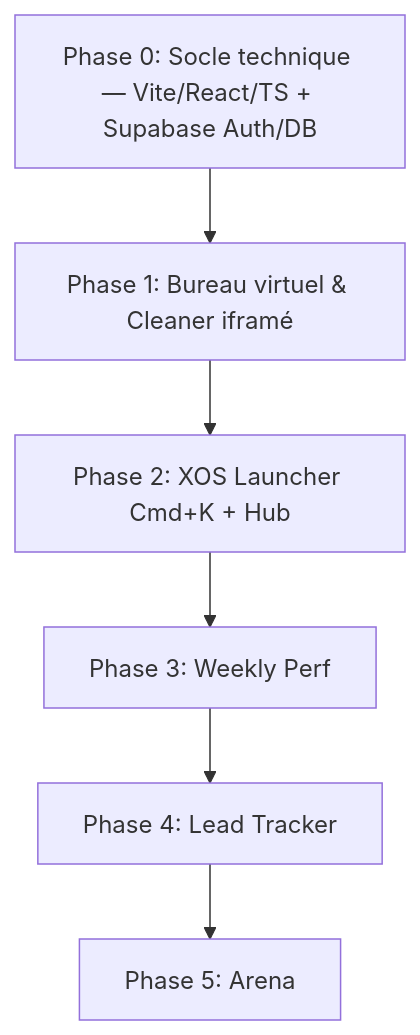
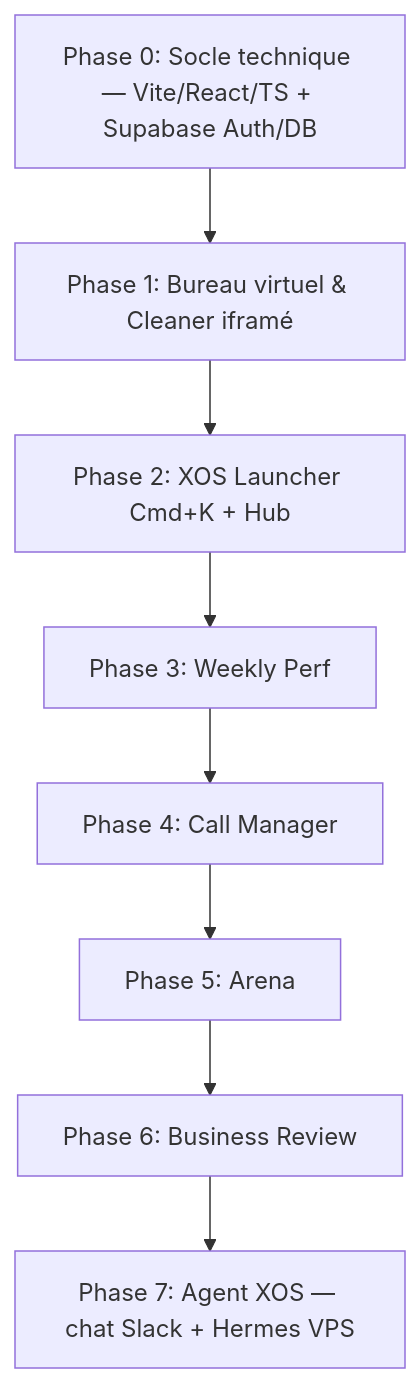
The diagram in docs/xos_portal_plan.md (Theo-Savoy/xos-dechet-dashboard), drawn with Mermaid before and after one commit. The commit also changed other lines of this file and 1 other file, not shown here.

First line of the commit message:
docs: add Phase 7 (Agent XOS) plan and settle Phase 4 as Call Manager

````diff
--- a/docs/xos_portal_plan.md
+++ b/docs/xos_portal_plan.md
@@ -158,8 +177,10 @@
 ```mermaid
 graph TD
     Z[Phase 0: Socle technique — Vite/React/TS + Supabase Auth/DB] --> A[Phase 1: Bureau virtuel & Cleaner iframé]
     A --> B[Phase 2: XOS Launcher Cmd+K + Hub]
     B --> C[Phase 3: Weekly Perf]
-    C --> D[Phase 4: Lead Tracker]
+    C --> D[Phase 4: Call Manager]
     D --> E[Phase 5: Arena]
+    E --> F[Phase 6: Business Review]
+    F --> G[Phase 7: Agent XOS — chat Slack + Hermes VPS]
 ```
````
